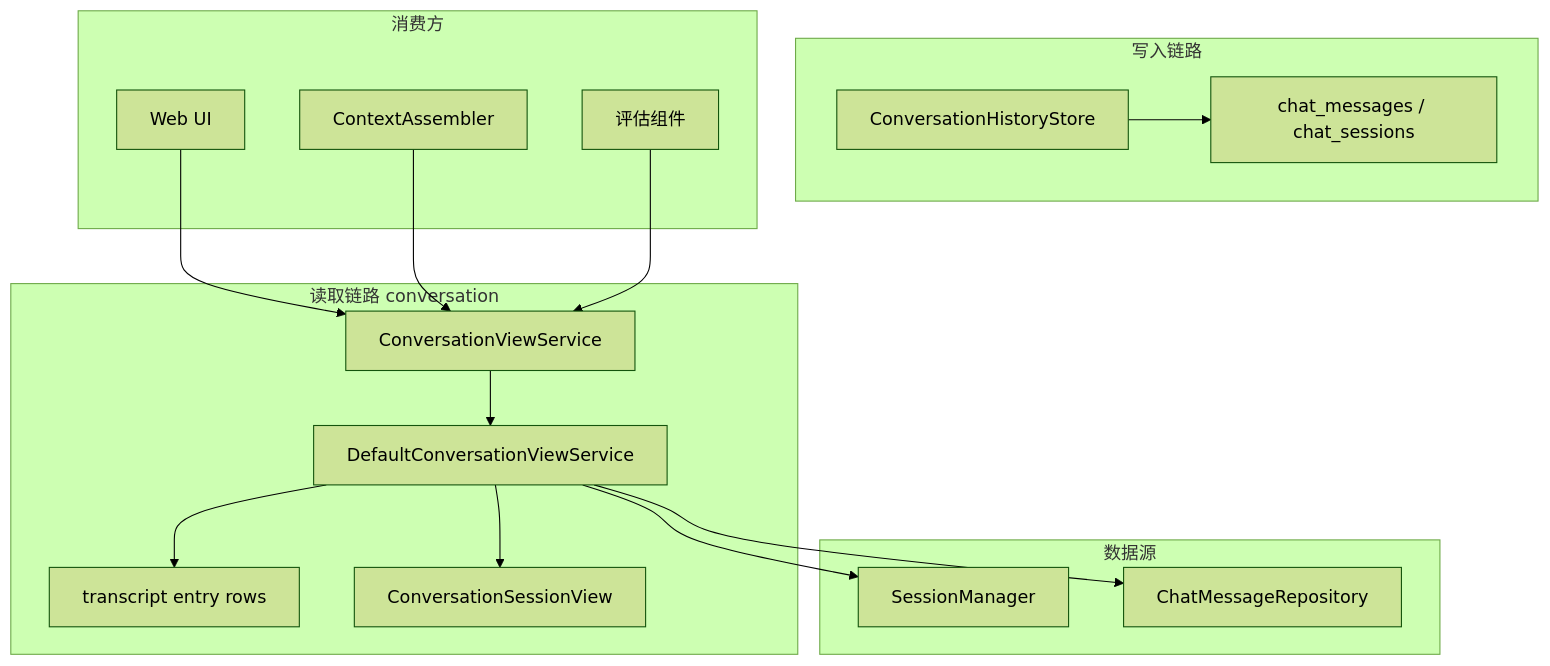
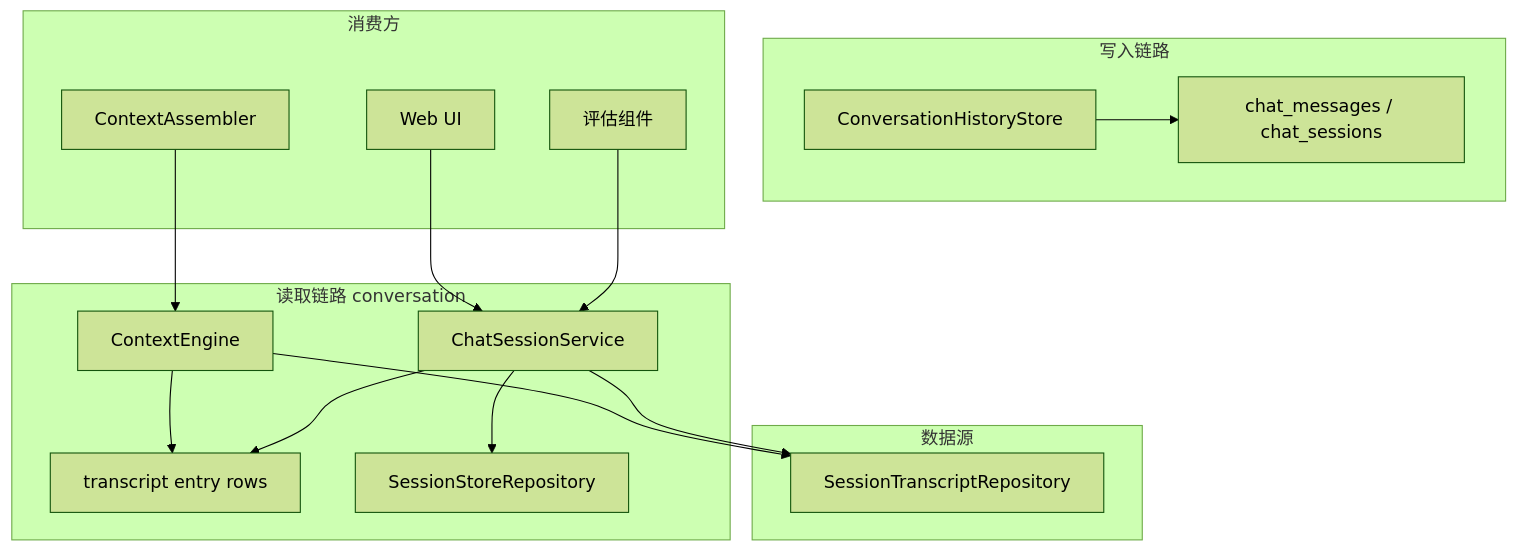
The first of 3 diagrams in docs/architecture/conversation.md (ntygod/LifePilot), drawn with Mermaid (forest theme) before and after one commit. The commit also changed other lines of this file and 20 other files, not shown here.

````diff
--- a/docs/architecture/conversation.md
+++ b/docs/architecture/conversation.md
@@ -20,35 +20,34 @@
 ```mermaid
 flowchart TD
     subgraph "写入链路"
         CHS["ConversationHistoryStore"]
         CMS["chat_messages / chat_sessions"]
         CHS --> CMS
     end
 
     subgraph "读取链路 conversation"
-        CVS["ConversationViewService"]
-        DCS["DefaultConversationViewService"]
+        CE["ContextEngine"]
+        CSS["ChatSessionService"]
         CTV["transcript entry rows"]
-        CSV["ConversationSessionView"]
-        CVS --> DCS
-        DCS --> CTV
-        DCS --> CSV
+        CSR["SessionStoreRepository"]
+        CE --> CTV
+        CSS --> CTV
+        CSS --> CSR
     end
 
     subgraph "数据源"
-        SM["SessionManager"]
-        CMR["ChatMessageRepository"]
+        STR["SessionTranscriptRepository"]
     end
 
     subgraph "消费方"
         WEB["Web UI"]
         AGENT["ContextAssembler"]
         EVAL["评估组件"]
     end
 
-    DCS --> SM
-    DCS --> CMR
-    WEB --> CVS
-    AGENT --> CVS
-    EVAL --> CVS
+    CE --> STR
+    CSS --> STR
+    WEB --> CSS
+    AGENT --> CE
+    EVAL --> CSS
 ```
````
